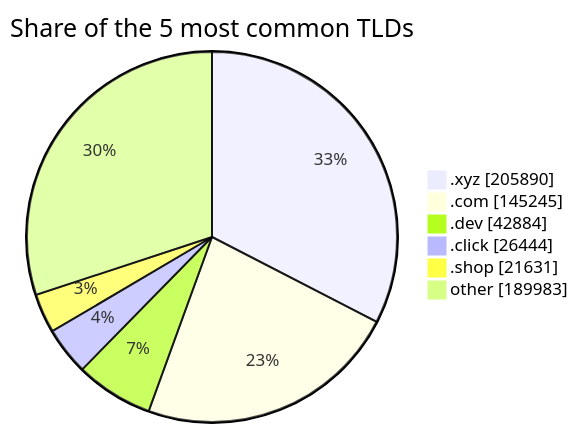
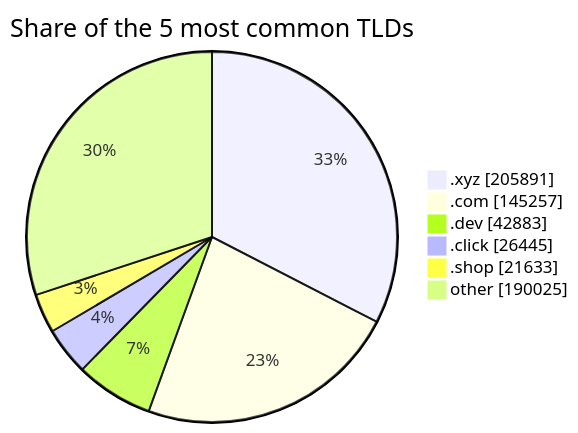
Before and after one commit to DNSBunker/CTI: the third of 3 diagrams in README.md, drawn with Mermaid. The commit also changed other lines of this file and 3 other files, not shown here.

````diff
--- a/README.md
+++ b/README.md
@@ -81,9 +81,9 @@
 ```mermaid
 pie showData title Share of the 5 most common TLDs
-    ".xyz" : 205890
-    ".com" : 145245
-    ".dev" : 42884
-    ".click" : 26444
-    ".shop" : 21631
-    "other" : 189983
+    ".xyz" : 205891
+    ".com" : 145257
+    ".dev" : 42883
+    ".click" : 26445
+    ".shop" : 21633
+    "other" : 190025
 ```
````
